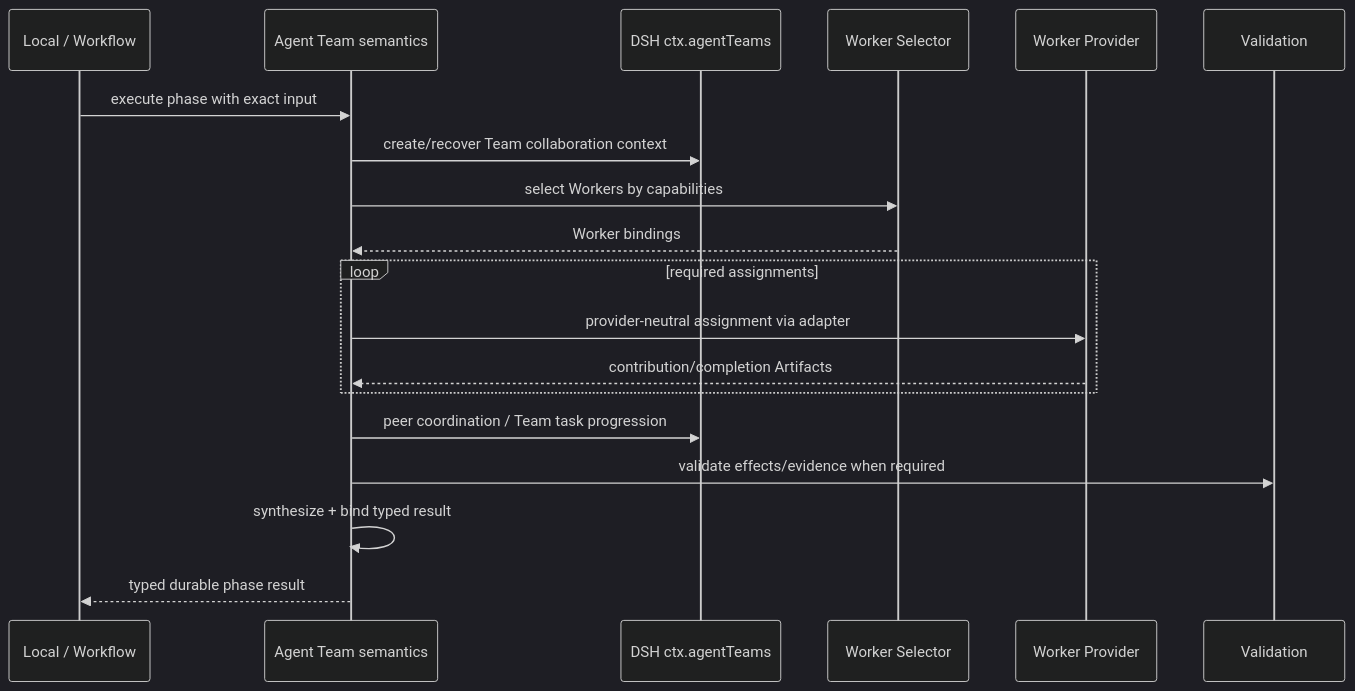
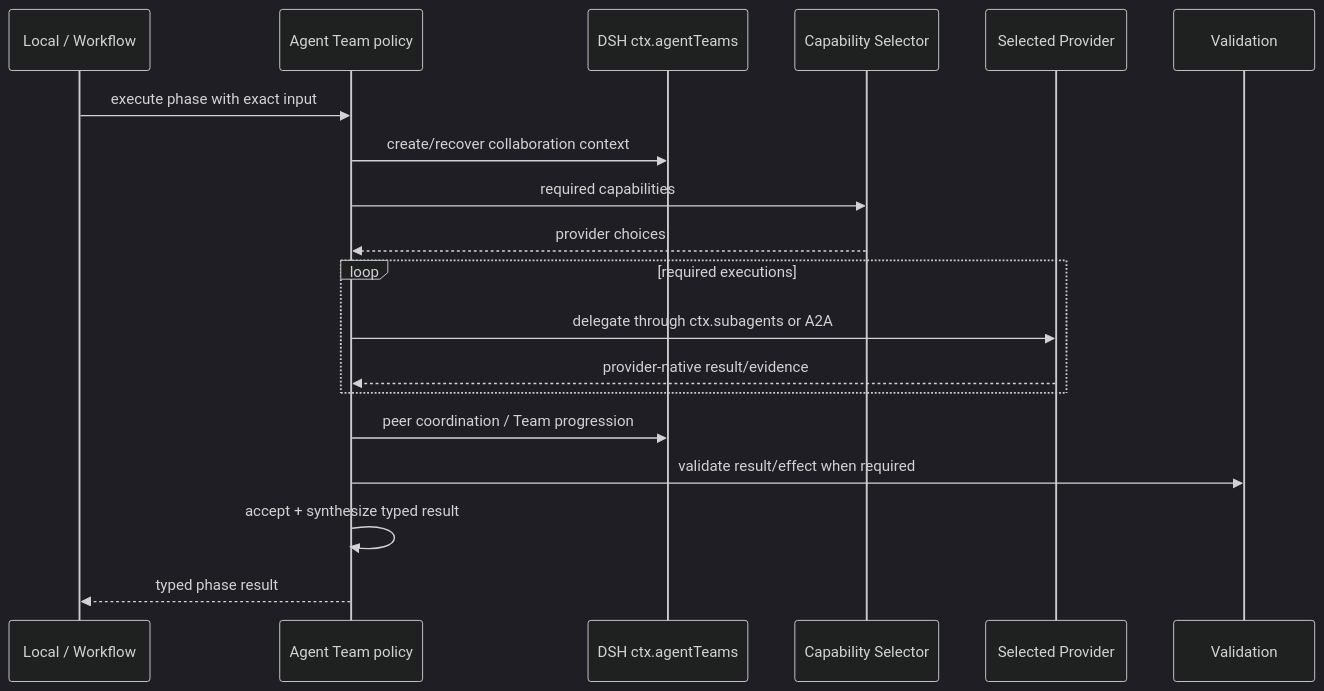
One commit to tsuuanmi/AgentOS changed the second of 5 diagrams in docs/architecture/interaction-model.md. Above: the diagram before and after it, drawn with Mermaid (dark theme). The commit also changed other lines of this file, not shown here.

Commit message:
docs: align interaction model with provider-native results

```diff
--- a/docs/architecture/interaction-model.md
+++ b/docs/architecture/interaction-model.md
@@ -28,24 +28,24 @@
 ~~~mermaid
 sequenceDiagram
     participant L as Local / Workflow
-    participant A as Agent Team semantics
+    participant A as Agent Team policy
     participant D as DSH ctx.agentTeams
-    participant S as Worker Selector
-    participant P as Worker Provider
+    participant S as Capability Selector
+    participant P as Selected Provider
     participant V as Validation
 
     L->>A: execute phase with exact input
-    A->>D: create/recover Team collaboration context
-    A->>S: select Workers by capabilities
-    S-->>A: Worker bindings
+    A->>D: create/recover collaboration context
+    A->>S: required capabilities
+    S-->>A: provider choices
 
-    loop required assignments
-        A->>P: provider-neutral assignment via adapter
-        P-->>A: contribution/completion Artifacts
+    loop required executions
+        A->>P: delegate through ctx.subagents or A2A
+        P-->>A: provider-native result/evidence
     end
 
-    A->>D: peer coordination / Team task progression
-    A->>V: validate effects/evidence when required
-    A->>A: synthesize + bind typed result
-    A-->>L: typed durable phase result
+    A->>D: peer coordination / Team progression
+    A->>V: validate result/effect when required
+    A->>A: accept + synthesize typed result
+    A-->>L: typed phase result
 ~~~
```
